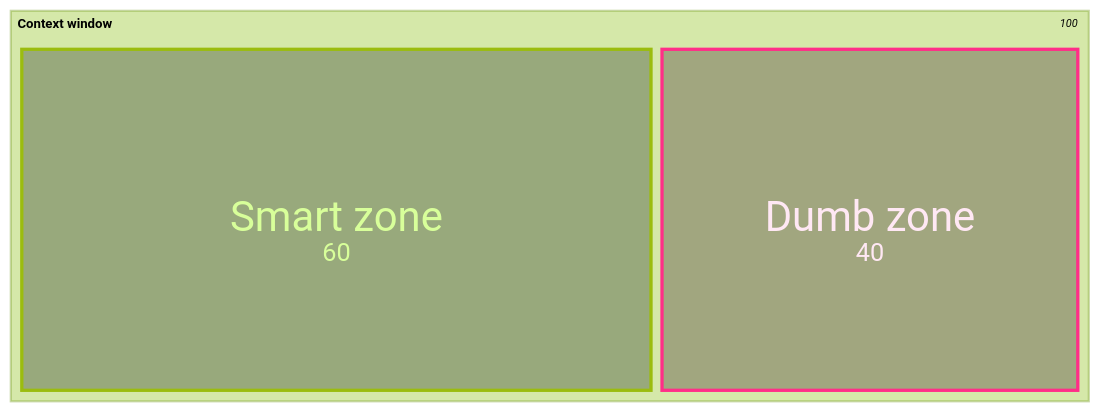
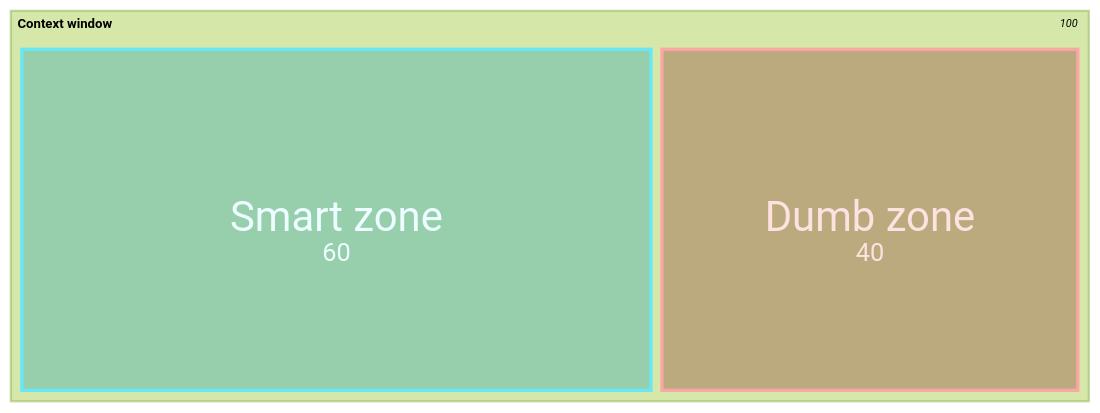
The first of 5 diagrams in src/content/glossary/context-engineering.md (theomonfort/theomonfort), drawn with Mermaid (forest theme) before and after one commit. The commit also changed other lines of this file, not shown here.

````diff
--- a/src/content/glossary/context-engineering.md
+++ b/src/content/glossary/context-engineering.md
@@ -41,8 +41,8 @@
 ```mermaid
 treemap-beta
 "Context window"
   "Smart zone": 60:::smart
   "Dumb zone": 40:::dumb
-classDef smart fill:#0a1a14,stroke:#9bbc0f,color:#d8ff9a
-classDef dumb fill:#2a1020,stroke:#ff2e88,color:#ffe8f4
+classDef smart fill:#0891b2,stroke:#67e8f9,color:#ecfeff
+classDef dumb fill:#7f1d1d,stroke:#fca5a5,color:#fee2e2
 ```
````
